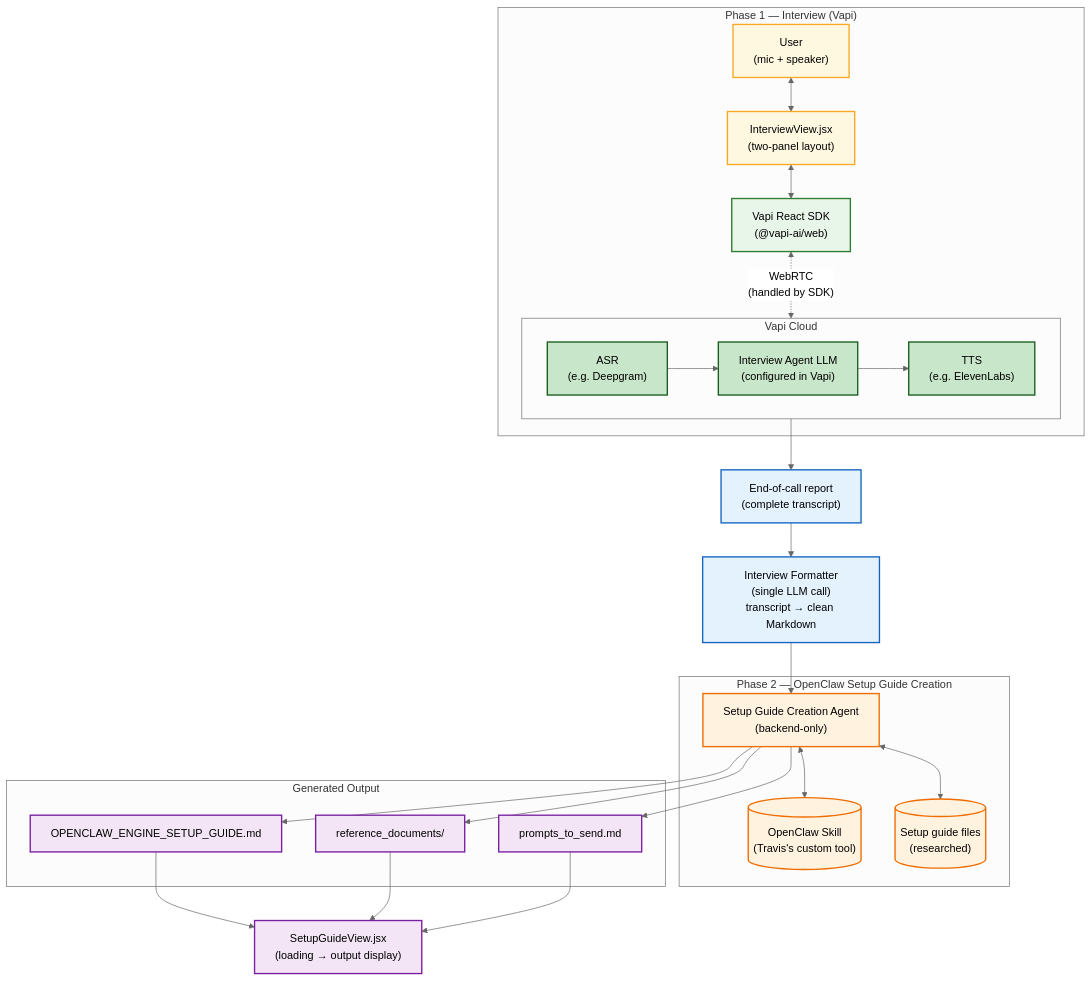
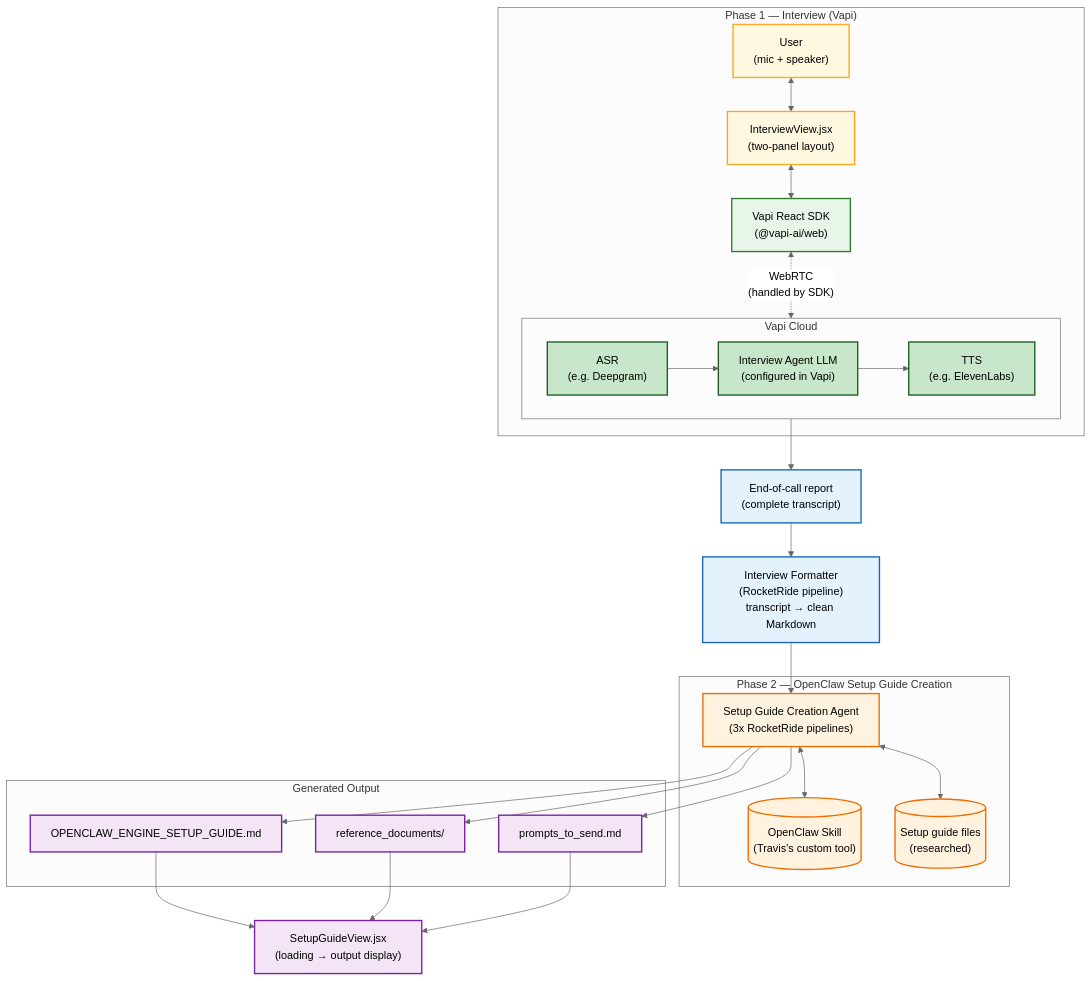
Before and after one commit to Jamessfks/easycalw: the diagram in docs/architecture.md, drawn with Mermaid (neutral theme). The commit also changed other lines of this file and 17 other files, not shown here.

````diff
--- a/docs/architecture.md
+++ b/docs/architecture.md
@@ -370,63 +374,63 @@
 ```mermaid
 flowchart TB
   subgraph Phase1["Phase 1 — Interview (Vapi)"]
     U["User\n(mic + speaker)"]
     FE1["InterviewView.jsx\n(two-panel layout)"]
     VSDK["Vapi React SDK\n(@vapi-ai/web)"]
     U <--> FE1
     FE1 <--> VSDK
 
     subgraph VAPI["Vapi Cloud"]
       ASR["ASR\n(e.g. Deepgram)"]
       LLM["Interview Agent LLM\n(configured in Vapi)"]
       TTS["TTS\n(e.g. ElevenLabs)"]
       ASR --> LLM
       LLM --> TTS
     end
 
     VSDK <-.->|"WebRTC\n(handled by SDK)"| VAPI
   end
 
   REPORT["End-of-call report\n(complete transcript)"]
-  FMT["Interview Formatter\n(single LLM call)\ntranscript → clean Markdown"]
+  FMT["Interview Formatter\n(RocketRide pipeline)\ntranscript → clean Markdown"]
 
   subgraph Phase2["Phase 2 — OpenClaw Setup Guide Creation"]
-    SGA["Setup Guide Creation Agent\n(backend-only)"]
+    SGA["Setup Guide Creation Agent\n(3x RocketRide pipelines)"]
     SKILL[("OpenClaw Skill\n(Travis's custom tool)")]
     GUIDES[("Setup guide files\n(researched)")]
     SGA <--> SKILL
     SGA <--> GUIDES
   end
 
   subgraph Output["Generated Output"]
     GUIDE["OPENCLAW_ENGINE_SETUP_GUIDE.md"]
     REFS["reference_documents/"]
     PROMPTS["prompts_to_send.md"]
   end
 
   FE2["SetupGuideView.jsx\n(loading → output display)"]
 
   VAPI --> REPORT
   REPORT --> FMT
   FMT --> SGA
   SGA --> GUIDE
   SGA --> REFS
   SGA --> PROMPTS
   GUIDE --> FE2
   REFS --> FE2
   PROMPTS --> FE2
 
   classDef user fill:#fff8e1,stroke:#f9a825,stroke-width:2px
   classDef phase1 fill:#e8f5e9,stroke:#2e7d32,stroke-width:2px
   classDef vapi fill:#c8e6c9,stroke:#1b5e20,stroke-width:2px
   classDef fmt fill:#e3f2fd,stroke:#1565c0,stroke-width:2px
   classDef phase2 fill:#fff3e0,stroke:#ef6c00,stroke-width:2px
   classDef output fill:#f3e5f5,stroke:#7b1fa2,stroke-width:2px
 
   class U,FE1 user
   class VSDK phase1
   class ASR,LLM,TTS vapi
   class REPORT,FMT fmt
   class SGA,SKILL,GUIDES phase2
   class GUIDE,REFS,PROMPTS,FE2 output
 ```
````
